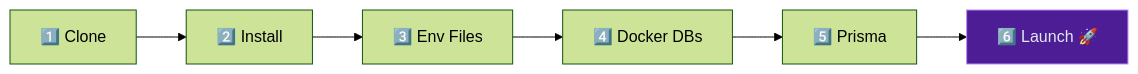
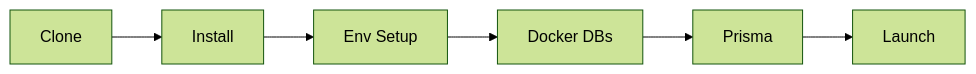
One commit to Luff-Org/Luff-Boilerplate changed the first of 2 diagrams in GETTING_STARTED.md. Above: the diagram before and after it, drawn with Mermaid (forest theme). The commit also changed 1 other file, not shown here.

Commit message:
fix(docs): simplify mermaid diagram labels to prevent word cutoff

````diff
--- a/GETTING_STARTED.md
+++ b/GETTING_STARTED.md
@@ -31,5 +31,8 @@
 ```mermaid
 flowchart LR
-  A["1️⃣ Clone"] --> B["2️⃣ Install"] --> C["3️⃣ Env Files"] --> D["4️⃣ Docker DBs"] --> E["5️⃣ Prisma"] --> F["6️⃣ Launch 🚀"]
-  style F fill:#4c1d95,stroke:#c084fc,color:#e2e8f0
+  A[Clone] --> B[Install]
+  B --> C[Env Setup]
+  C --> D[Docker DBs]
+  D --> E[Prisma]
+  E --> F[Launch]
 ```
````
